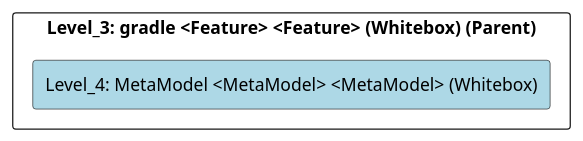
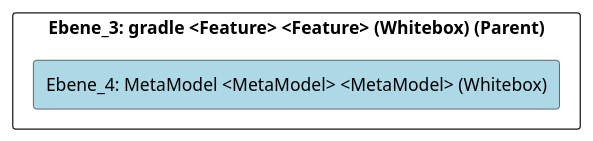
The diagram in doc/cleonproject_deliverables_architecture_model_architecture/adoc/de/05_bausteinsicht/cleon/building/gradle/metamodel/ebene_4_metamodel.adoc (marcozwyssig/cleon), drawn with PlantUML before and after one commit. The commit also changed other lines of this file and 214 other files, not shown here.

```diff
--- a/doc/cleonproject_deliverables_architecture_model_architecture/adoc/de/05_bausteinsicht/cleon/building/gradle/metamodel/ebene_4_metamodel.adoc
+++ b/doc/cleonproject_deliverables_architecture_model_architecture/adoc/de/05_bausteinsicht/cleon/building/gradle/metamodel/ebene_4_metamodel.adoc
@@ -20,24 +20,24 @@
-[plantuml, Level_4: MetaModel <MetaModel> <MetaModel> (Whitebox)BlockOverview, format="svg"]
+[plantuml, Ebene_4: MetaModel <MetaModel> <MetaModel> (Whitebox)BlockOverview, format="svg"]
 ----
-@startuml Level_4: MetaModel <MetaModel> <MetaModel> (Whitebox)BuildingBlockOverview
+@startuml Ebene_4: MetaModel <MetaModel> <MetaModel> (Whitebox)BuildingBlockOverview
 
 skinparam ranksep 10
 skinparam componentStyle rectangle
 skinparam shadowing false
 skinparam arrowColor lightblue
 skinparam arrowThickness 1.2
 skinparam rectangle {
   BackgroundColor White
   BorderColor #333
   RoundCorner 10
 }
 top to bottom direction
 
-component "Level_3: gradle <Feature> <Feature> (Whitebox) (Parent)" {
-    component "Level_4: MetaModel <MetaModel> <MetaModel> (Whitebox)" #lightblue {
+component "Ebene_3: gradle <Feature> <Feature> (Whitebox) (Parent)" {
+    component "Ebene_4: MetaModel <MetaModel> <MetaModel> (Whitebox)" #lightblue {
     }
 
 }
 
 @enduml
 ----
```
